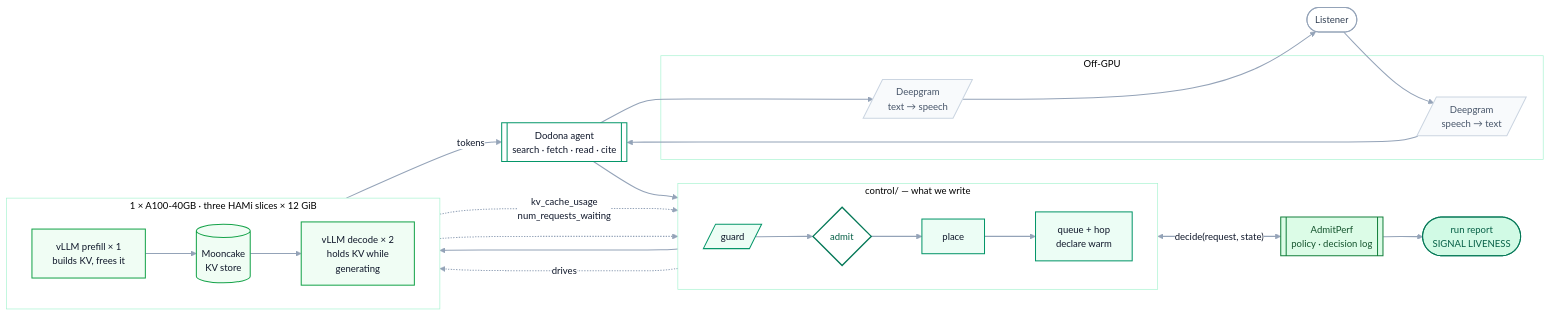
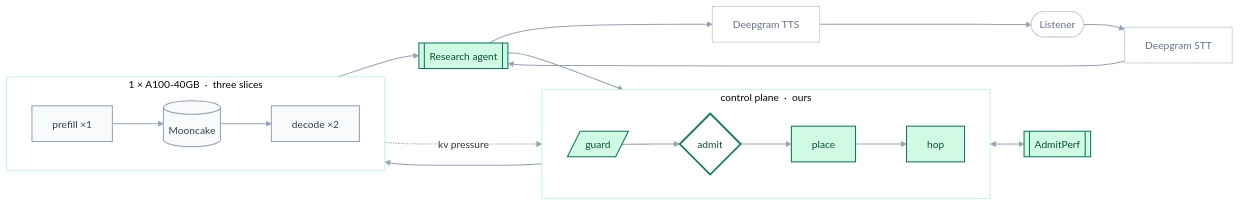
One commit to harshuljain13/Dodona changed the diagram in README.md. Above: the diagram before and after it, drawn with Mermaid. The commit also changed other lines of this file and 17 other files, not shown here.

````diff
--- a/README.md
+++ b/README.md
@@ -60,77 +60,41 @@
 ```mermaid
 %%{init: {'theme':'base','themeVariables':{
-  'fontFamily':'ui-sans-serif, -apple-system, Segoe UI, Inter, Helvetica, Arial, sans-serif','fontSize':'14px',
-  'primaryColor':'#ecfdf5','primaryTextColor':'#0f172a','primaryBorderColor':'#059669',
-  'secondaryColor':'#f8fafc','tertiaryColor':'#ffffff',
-  'lineColor':'#94a3b8','textColor':'#1e293b',
-  'clusterBkg':'#ffffff','clusterBorder':'#a7f3d0',
-  'edgeLabelBackground':'#ffffff','nodeBorder':'#059669'
-}}}%%
+  'fontFamily':'Helvetica, Arial, sans-serif','fontSize':'15px','lineColor':'#94a3b8',
+  'clusterBkg':'#ffffff','clusterBorder':'#a7f3d0','edgeLabelBackground':'#ffffff'}}}%%
 flowchart LR
-    USER(["Listener"])
+    L(["Listener"])
+    STT["Deepgram STT"]
+    AG[["Research agent"]]
+    TTS["Deepgram TTS"]
+    AP[["AdmitPerf"]]
 
-    subgraph OFFGPU["Off-GPU"]
-        STT[/"Deepgram<br/>speech → text"/]
-        TTS[/"Deepgram<br/>text → speech"/]
+    subgraph CP["control plane &nbsp;·&nbsp; ours"]
+        direction LR
+        GD[/"guard"/] --> AD{"admit"} --> PL["place"] --> HP["hop"]
     end
 
-    AS[["Dodona agent<br/>search · fetch · read · cite"]]
-
-    subgraph CTRL["control/ — what we write"]
+    subgraph GPU["1 × A100-40GB &nbsp;·&nbsp; three slices"]
         direction LR
-        G[/"guard"/]
-        A{"admit"}
-        P["place"]
-        Q["queue + hop<br/>declare warm"]
-        G --> A --> P --> Q
+        PF["prefill ×1"] --> MC[("Mooncake")] --> DC["decode ×2"]
     end
 
-    AP[["AdmitPerf<br/>policy · decision log"]]
+    L --> STT --> AG --> GD
+    HP --> PF
+    DC --> AG --> TTS --> L
+    AD <--> AP
+    DC -. "kv&nbsp;pressure" .-> AD
 
-    subgraph GPUBOX["1 × A100-40GB · three HAMi slices × 12 GiB"]
-        direction LR
-        PF["vLLM prefill × 1<br/>builds KV, frees it"]
-        MC[("Mooncake<br/>KV store")]
-        DC["vLLM decode × 2<br/>holds KV while<br/>generating"]
-        PF --> MC --> DC
-    end
+    class L,STT,TTS edge
+    class AG,AP ours
+    class GD,PL,HP ours
+    class AD gate
+    class PF,DC engine
+    class MC store
 
-    REP(["run report<br/>SIGNAL LIVENESS"])
-
-    USER --> STT --> AS --> G
-    A <-->|"decide(request, state)"| AP
-    P --> PF
-    Q -.->|"drives"| MC
-    DC -->|"tokens"| AS
-    AS --> TTS --> USER
-    PF -.->|"kv_cache_usage<br/>num_requests_waiting"| A
-    DC -.-> A
-    AP --> REP
-
-    class USER input
-    class AS accent
-    class STT,TTS neutral
-    class G,P,Q primary
-    class A decision
-    class AP highlight
-    class PF,DC secondary
-    class MC data
-    class REP success
-
-    classDef primary   fill:#ecfdf5,stroke:#059669,stroke-width:1.5px,color:#0f172a
-    classDef secondary fill:#f0fdf4,stroke:#16a34a,stroke-width:1.5px,color:#0f172a
-    classDef accent    fill:#ffffff,stroke:#059669,stroke-width:1.5px,color:#0f172a
-    classDef decision  fill:#ffffff,stroke:#047857,stroke-width:2px,color:#065f46
-    classDef gate      fill:#ffffff,stroke:#047857,stroke-width:2px,color:#065f46
-    classDef data      fill:#f0fdf4,stroke:#16a34a,stroke-width:1.5px,color:#0f172a
-    classDef neutral   fill:#f8fafc,stroke:#cbd5e1,stroke-width:1.5px,color:#475569
-    classDef success   fill:#d1fae5,stroke:#047857,stroke-width:1.5px,color:#065f46
-    classDef out       fill:#d1fae5,stroke:#047857,stroke-width:1.5px,color:#065f46
-    classDef input     fill:#ffffff,stroke:#94a3b8,stroke-width:1.5px,color:#334155
-    classDef highlight fill:#dcfce7,stroke:#15803d,stroke-width:1.5px,color:#14532d
-    classDef pick      fill:#d1fae5,stroke:#047857,stroke-width:2px,color:#064e3b
-    classDef alt       fill:#ecfdf5,stroke:#059669,stroke-width:1.5px,color:#0f172a
-    classDef dead      fill:#ffffff,stroke:#e2e8f0,stroke-width:1.5px,color:#94a3b8
-    classDef note      fill:#ffffff,stroke:#e2e8f0,stroke-width:1px,color:#64748b
+    classDef ours   fill:#d1fae5,stroke:#047857,stroke-width:1.5px,color:#064e3b
+    classDef gate   fill:#ffffff,stroke:#047857,stroke-width:2.5px,color:#064e3b
+    classDef engine fill:#f8fafc,stroke:#94a3b8,stroke-width:1.5px,color:#334155
+    classDef store  fill:#f8fafc,stroke:#94a3b8,stroke-width:1.5px,color:#334155
+    classDef edge   fill:#ffffff,stroke:#cbd5e1,stroke-width:1.5px,color:#64748b
     linkStyle default stroke:#94a3b8,stroke-width:1.5px
 ```
````
